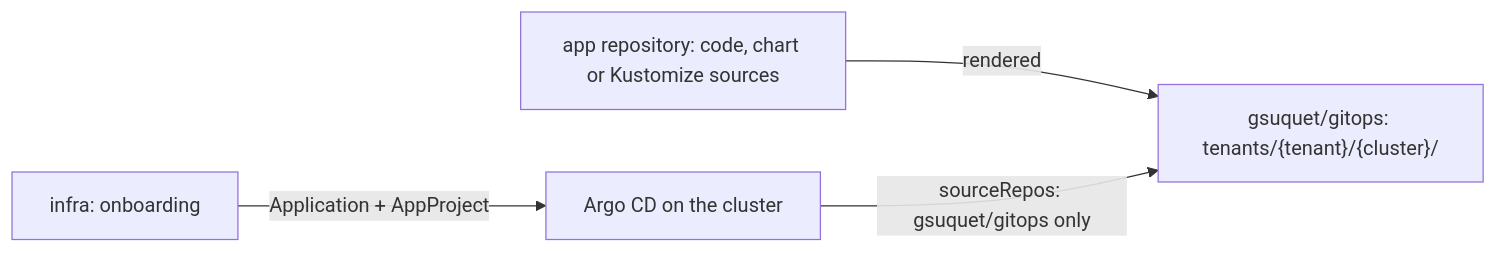
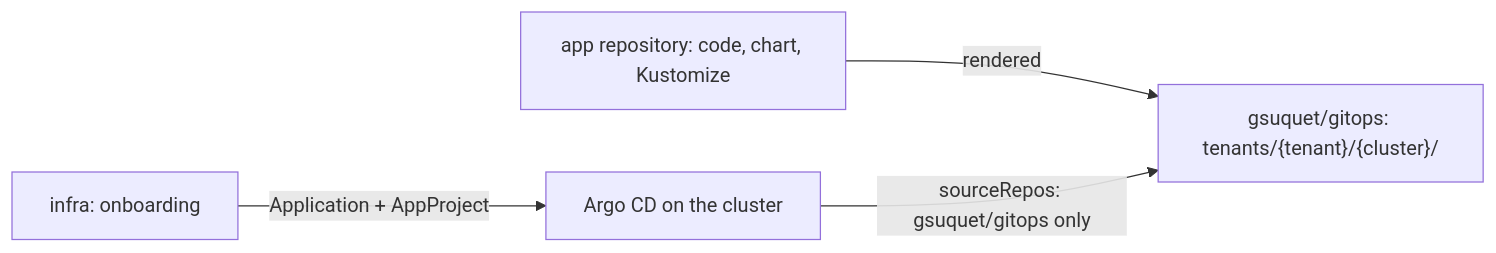
The diagram in docs/rfc/0007-tenant-manifests-in-gitops-repo.md (gsuquet/infra), drawn with Mermaid before and after one commit. The commit also changed other lines of this file and 37 other files, not shown here.

````diff
--- a/docs/rfc/0007-tenant-manifests-in-gitops-repo.md
+++ b/docs/rfc/0007-tenant-manifests-in-gitops-repo.md
@@ -74,6 +79,6 @@
 ```mermaid
 flowchart LR
-    APP["app repository: code, chart or Kustomize sources"] -->|"rendered"| G["gsuquet/gitops: tenants/{tenant}/{cluster}/"]
+    APP["app repository: code, chart, Kustomize"] -->|"rendered"| G["gsuquet/gitops: tenants/{tenant}/{cluster}/"]
     I["infra: onboarding"] -->|"Application + AppProject"| A["Argo CD on the cluster"]
     A -->|"sourceRepos: gsuquet/gitops only"| G
 ```
````
